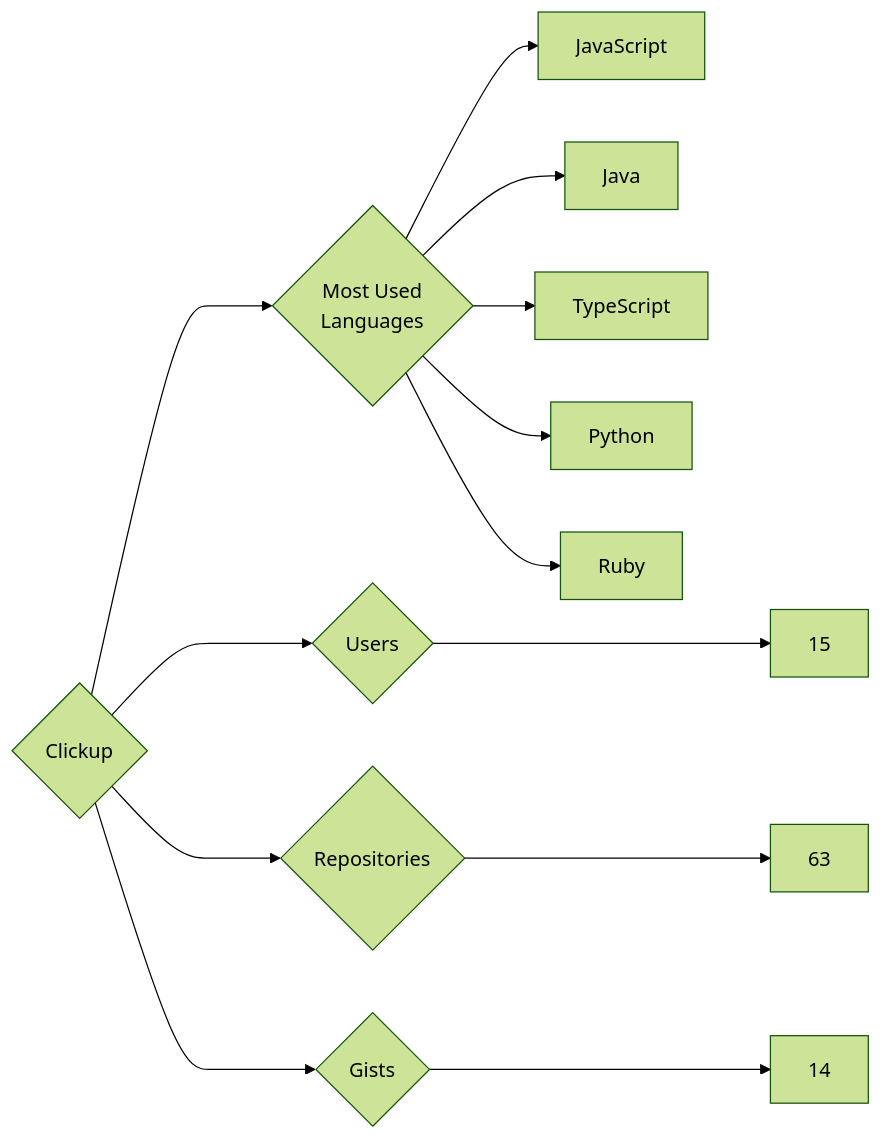
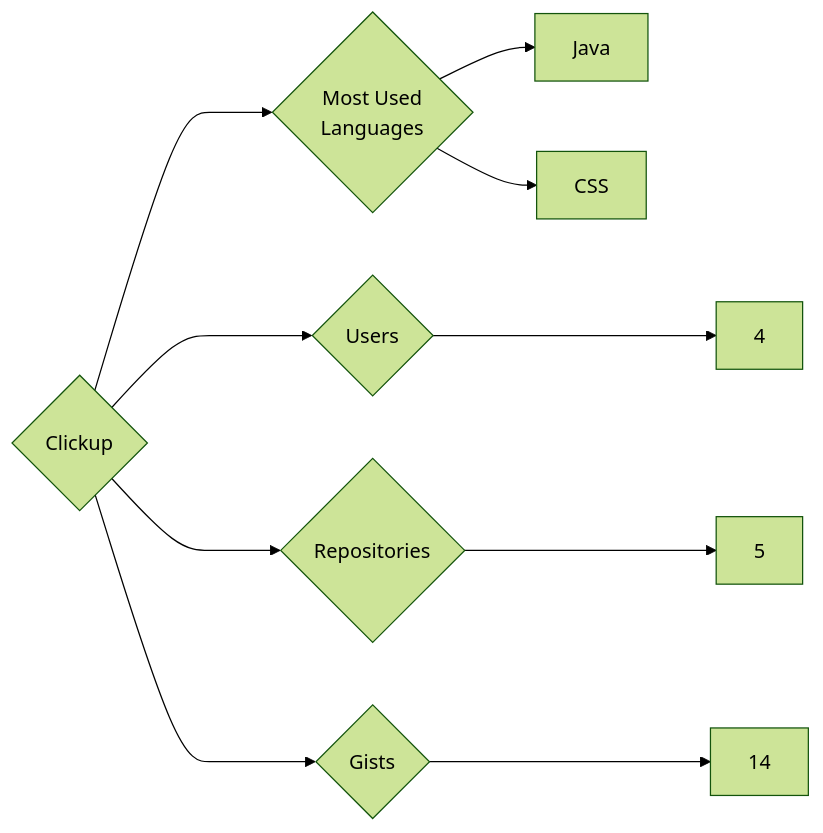
One commit to trickest/insiders changed the diagram in targets/Clickup/README.md. Above: the diagram before and after it, drawn with Mermaid (forest theme). The commit also changed 714 other files, not shown here.

````diff
--- a/targets/Clickup/README.md
+++ b/targets/Clickup/README.md
@@ -3,13 +3,10 @@
 ```mermaid
 graph LR
 COMPANY_NAME{Clickup}
-COMPANY_NAME ---> U{Users} ---> UN[15]
-COMPANY_NAME ---> R{Repositories} ---> RN[63]
+COMPANY_NAME ---> U{Users} ---> UN[4]
+COMPANY_NAME ---> R{Repositories} ---> RN[5]
 COMPANY_NAME ---> G{Gists} ---> GN[14]
 COMPANY_NAME ---> ML{Most Used<br>Languages}
-ML --> JavaScript[JavaScript]
 ML --> Java[Java]
-ML --> TypeScript[TypeScript]
-ML --> Python[Python]
-ML --> Ruby[Ruby]
+ML --> CSS[CSS]
 ```
````
